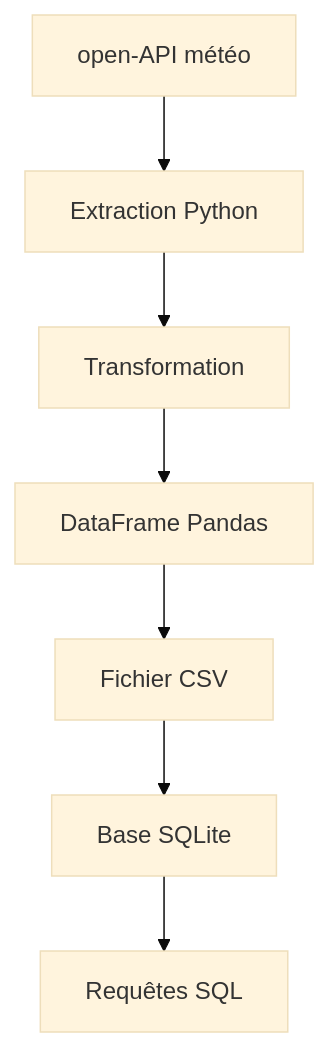
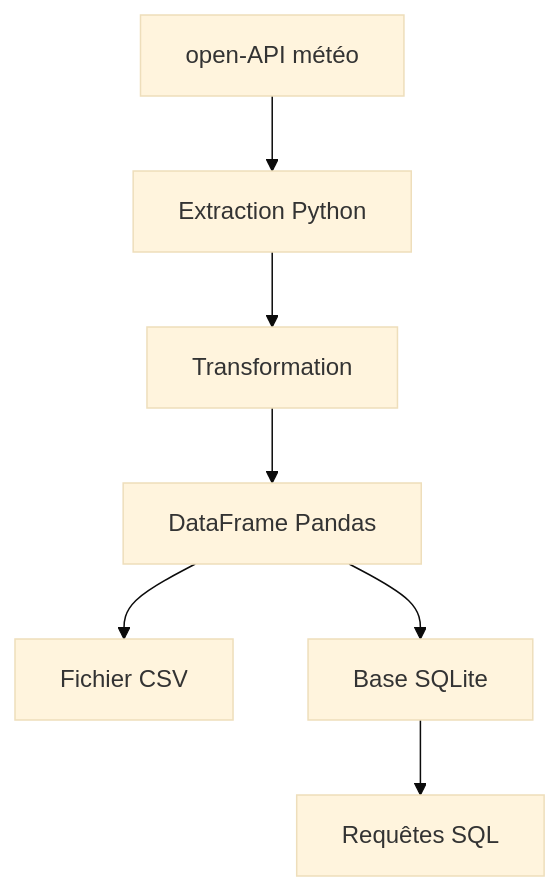
One commit to dahirfaye/projet_data_pipeline changed the diagram in README.md. Above: the diagram before and after it, drawn with Mermaid (base theme).

````diff
--- a/README.md
+++ b/README.md
@@ -23,9 +23,9 @@
 ```mermaid
 flowchart TD
     A[open-API météo] --> B[Extraction Python]
     B --> C[Transformation]
     C --> D[DataFrame Pandas]
     D --> E[Fichier CSV]
-    E --> F[Base SQLite]
+    D --> F[Base SQLite]
     F --> G[Requêtes SQL]
 ```
````
